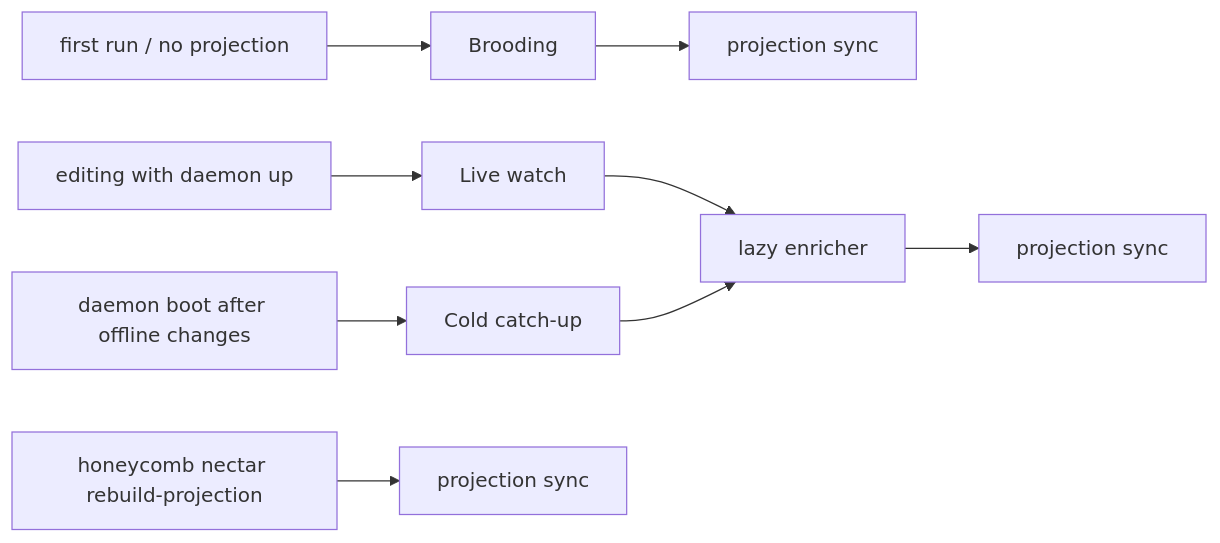
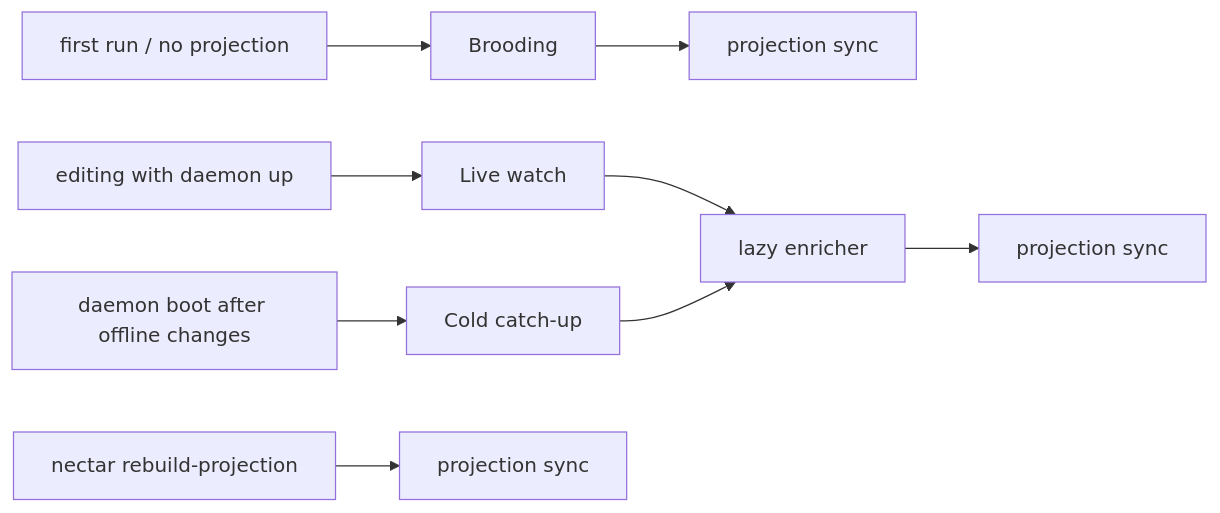
Before and after one commit to legioncodeinc/nectar: the third of 3 diagrams in library/knowledge/private/overview/overview-technical-specification.md, drawn with Mermaid. The commit also changed other lines of this file and 144 other files, not shown here.

````diff
--- a/library/knowledge/private/overview/overview-technical-specification.md
+++ b/library/knowledge/private/overview/overview-technical-specification.md
@@ -199,11 +199,11 @@
 ```mermaid
 flowchart LR
     first["first run / no projection"] --> brood[Brooding]
     brood --> proj1["projection sync"]
     editing["editing with daemon up"] --> live[Live watch]
     live --> enrich["lazy enricher"]
     enrich --> proj2["projection sync"]
     boot["daemon boot after offline changes"] --> cold[Cold catch-up]
     cold --> enrich
-    explicit["honeycomb nectar rebuild-projection"] --> proj3["projection sync"]
+    explicit["nectar rebuild-projection"] --> proj3["projection sync"]
 ```
````
